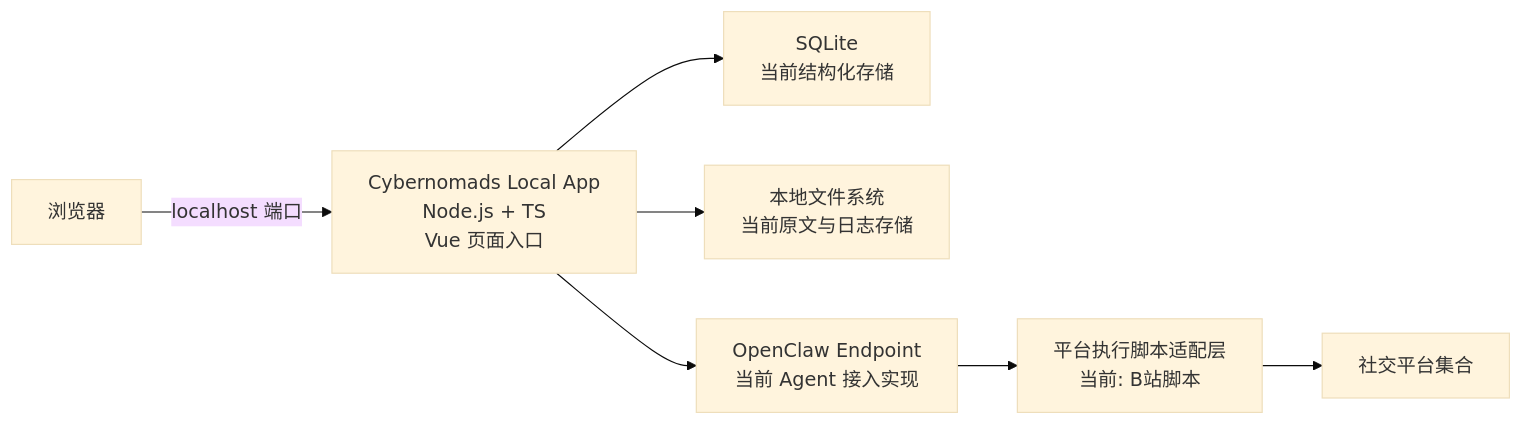
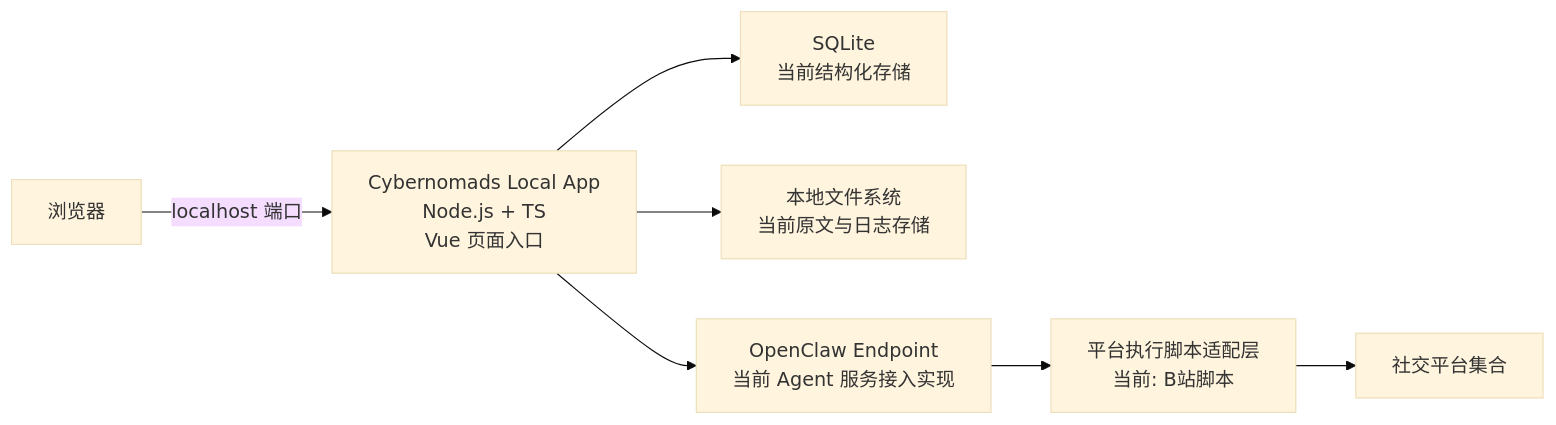
The seventh of 7 diagrams in docs/design/Cybernomads架构设计文档.md (Time-Machine-Lab/CyberNomads), drawn with Mermaid (base theme) before and after one commit. The commit also changed other lines of this file and 1 other file, not shown here.

First line of the commit message:
Refine Cybernomads design documents and introduce Agent service domain

````diff
--- a/docs/design/Cybernomads架构设计文档.md
+++ b/docs/design/Cybernomads架构设计文档.md
@@ -271,17 +275,17 @@
 ```mermaid
 flowchart LR
     Browser["浏览器"]
     LocalApp["Cybernomads Local App<br/>Node.js + TS<br/>Vue 页面入口"]
     Meta["SQLite<br/>当前结构化存储"]
     Artifact["本地文件系统<br/>当前原文与日志存储"]
-    Agent["OpenClaw Endpoint<br/>当前 Agent 接入实现"]
+    Agent["OpenClaw Endpoint<br/>当前 Agent 服务接入实现"]
     Platform["平台执行脚本适配层<br/>当前: B站脚本"]
     Social["社交平台集合"]
 
     Browser -->|localhost 端口| LocalApp
     LocalApp --> Meta
     LocalApp --> Artifact
     LocalApp --> Agent
     Agent --> Platform
     Platform --> Social
 ```
````
